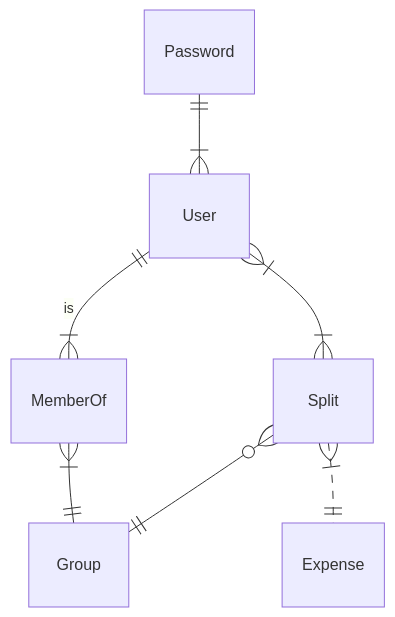
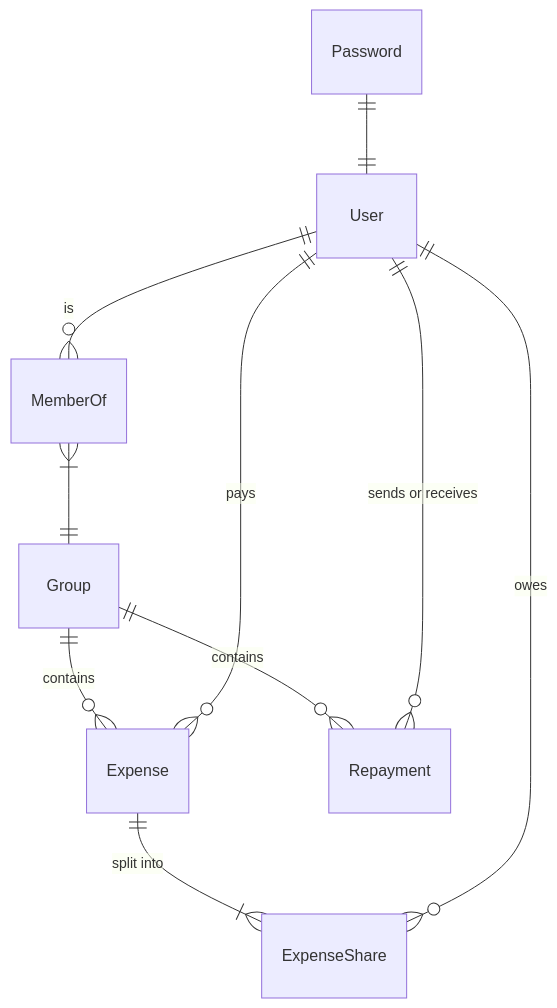
The second of 2 diagrams in README.md (lteran9/ExpenseWise), drawn with Mermaid before and after one commit. The commit also changed other lines of this file and 5 other files, not shown here.

````diff
--- a/README.md
+++ b/README.md
@@ -38,9 +38,12 @@
 ```mermaid
 erDiagram
-   User ||--|{ MemberOf : is
-   Password ||--|{ User : ""
+   User ||--o{ MemberOf : is
+   Password ||--|| User : ""
    MemberOf }|--|| Group : ""
-   Split }o--|| Group : ""
-   User }|--|{ Split : ""
-   Split }|..|| Expense : ""
+   Group ||--o{ Expense : contains
+   User ||--o{ Expense : pays
+   Expense ||--|{ ExpenseShare : "split into"
+   User ||--o{ ExpenseShare : owes
+   Group ||--o{ Repayment : contains
+   User ||--o{ Repayment : "sends or receives"
 ```
````
